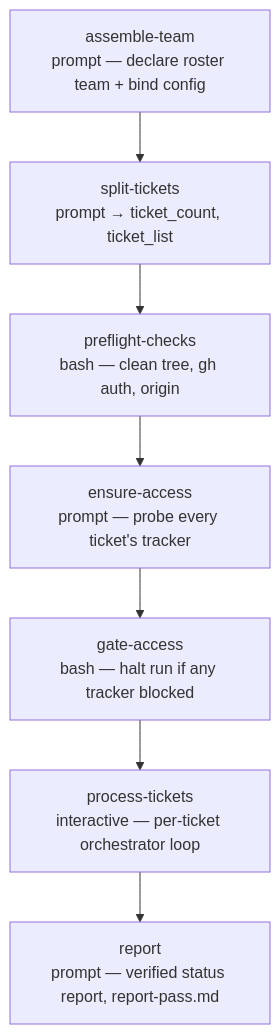
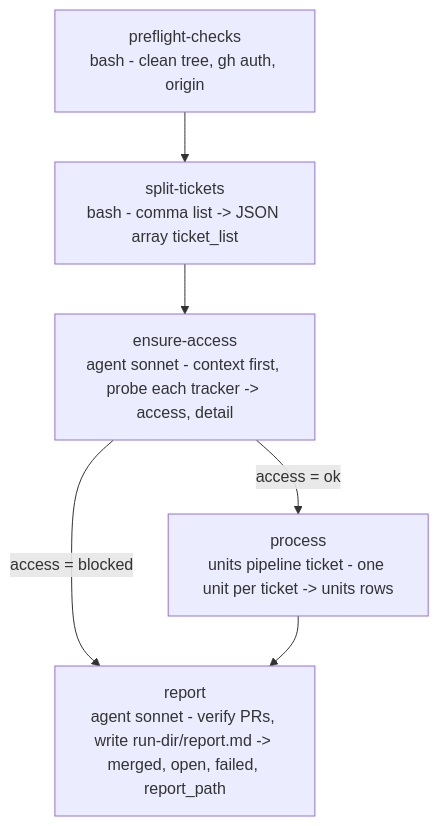
One commit to e1024kb/wise-claude changed the diagram in plugins/wise/workflows/ticket-auto/README.md. Above: the diagram before and after it, drawn with Mermaid. The commit also changed other lines of this file and 187 other files, not shown here.

````diff
--- a/plugins/wise/workflows/ticket-auto/README.md
+++ b/plugins/wise/workflows/ticket-auto/README.md
@@ -70,9 +57,8 @@
 ```mermaid
 flowchart TD
-    A[assemble-team<br/>prompt — declare roster team + bind config] --> B[split-tickets<br/>prompt → ticket_count, ticket_list]
-    B --> C[preflight-checks<br/>bash — clean tree, gh auth, origin]
-    C --> G[ensure-access<br/>prompt — probe every ticket's tracker]
-    G --> H[gate-access<br/>bash — halt run if any tracker blocked]
-    H --> D[process-tickets<br/>interactive — per-ticket orchestrator loop]
-    D --> E[report<br/>prompt — verified status report, report-pass.md]
+    A[preflight-checks<br/>bash - clean tree, gh auth, origin] --> B[split-tickets<br/>bash - comma list -> JSON array ticket_list]
+    B --> C[ensure-access<br/>agent sonnet - context first, probe each tracker -> access, detail]
+    C -->|access = ok| D[process<br/>units pipeline ticket - one unit per ticket -> units rows]
+    C -->|access = blocked| E
+    D --> E[report<br/>agent sonnet - verify PRs, write run-dir/report.md -> merged, open, failed, report_path]
 ```
````
